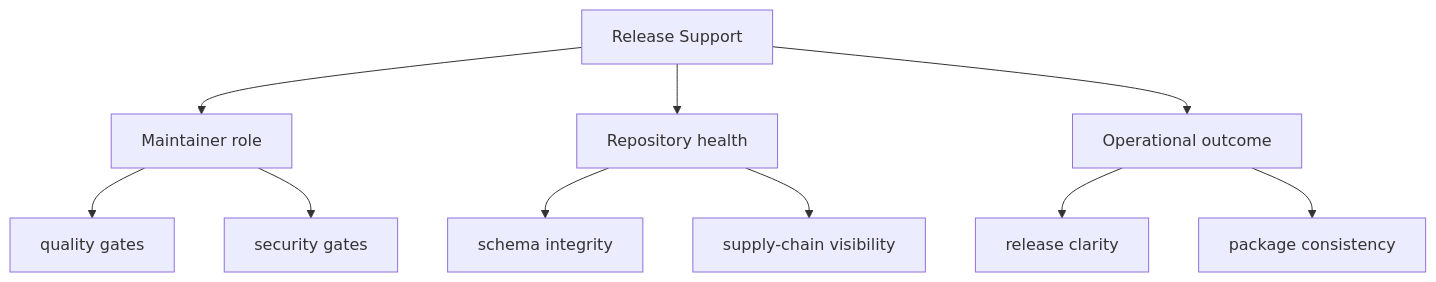
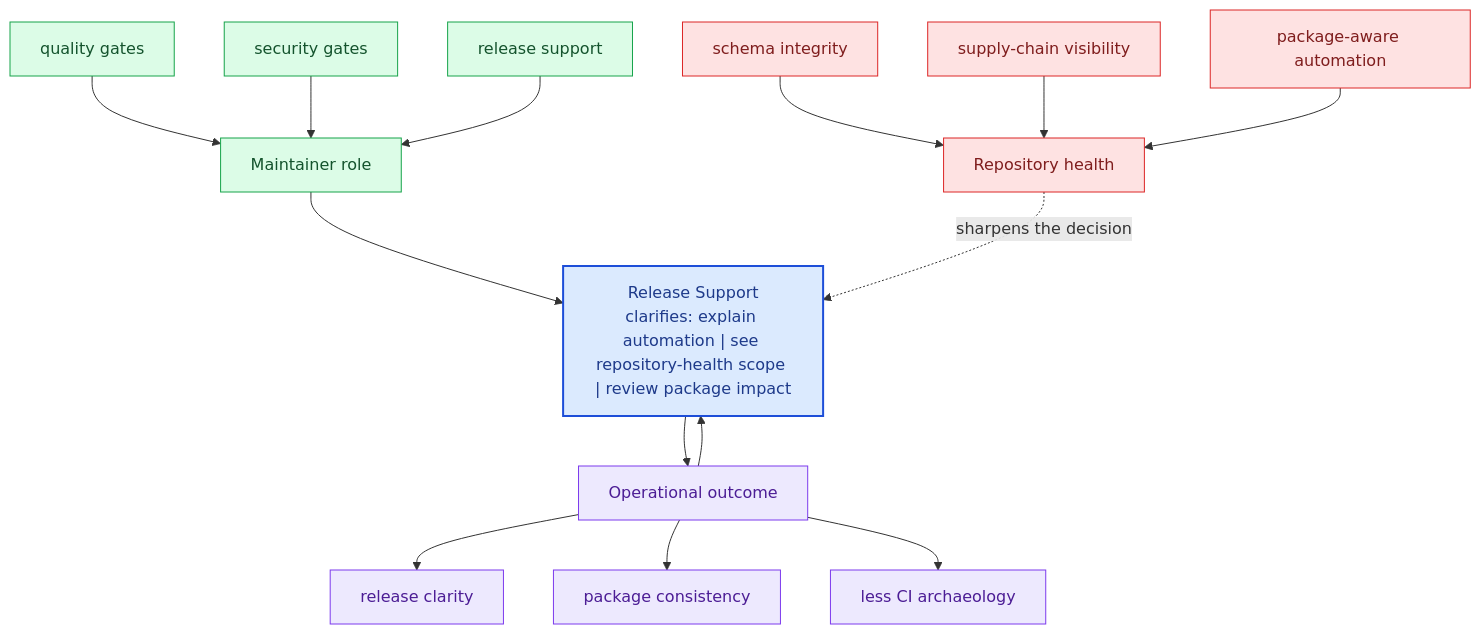
The second of 2 diagrams in docs/bijux-canon-dev/release-support.md (bijux/bijux-canon), drawn with Mermaid before and after one commit. The commit also changed other lines of this file and 281 other files, not shown here.

Commit message:
docs(diagrams): deepen handbook mermaid maps across the catalog

````diff
--- a/docs/bijux-canon-dev/release-support.md
+++ b/docs/bijux-canon-dev/release-support.md
@@ -35,22 +68,40 @@
 ```mermaid
-flowchart TD
-    page["Release Support"]
+flowchart TB
+    promise["Release Support<br/>clarifies: explain automation | see repository-health scope | review package impact"]
+    classDef promise fill:#dbeafe,stroke:#1d4ed8,color:#1e3a8a,stroke-width:2px;
+    classDef driver fill:#dcfce7,stroke:#16a34a,color:#14532d;
+    classDef constraint fill:#fee2e2,stroke:#dc2626,color:#7f1d1d;
+    classDef ground fill:#ede9fe,stroke:#7c3aed,color:#4c1d95;
     focus1["Maintainer role"]
-    page --> focus1
+    focus1 --> promise
     focus1_1["quality gates"]
-    focus1 --> focus1_1
+    focus1_1 --> focus1
     focus1_2["security gates"]
-    focus1 --> focus1_2
+    focus1_2 --> focus1
+    focus1_3["release support"]
+    focus1_3 --> focus1
+    class focus1 driver;
+    class focus1_1,focus1_2,focus1_3 driver;
     focus2["Repository health"]
-    page --> focus2
+    focus2 -.sharpens the decision.-> promise
     focus2_1["schema integrity"]
-    focus2 --> focus2_1
+    focus2_1 --> focus2
     focus2_2["supply-chain visibility"]
-    focus2 --> focus2_2
+    focus2_2 --> focus2
+    focus2_3["package-aware automation"]
+    focus2_3 --> focus2
+    class focus2 constraint;
+    class focus2_1,focus2_2,focus2_3 constraint;
     focus3["Operational outcome"]
-    page --> focus3
+    focus3 --> promise
+    promise --> focus3
     focus3_1["release clarity"]
     focus3 --> focus3_1
     focus3_2["package consistency"]
     focus3 --> focus3_2
+    focus3_3["less CI archaeology"]
+    focus3 --> focus3_3
+    class focus3 ground;
+    class focus3_1,focus3_2,focus3_3 ground;
+    class promise promise;
 ```
````
